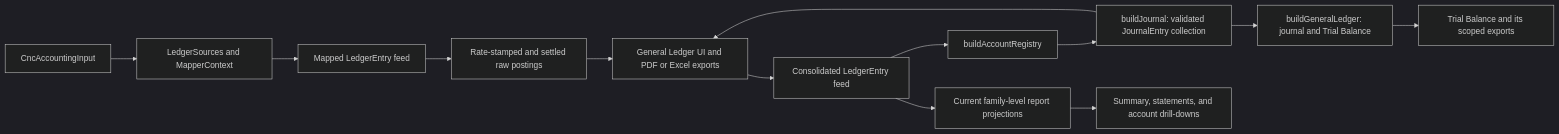
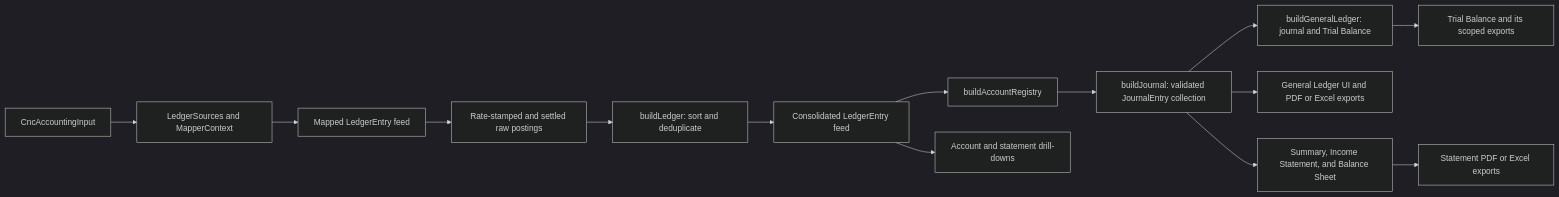
One commit to globe-and-citizen/cnc-portal changed the second of 5 diagrams in docs/implementation/accounting-read-model/README.md. Above: the diagram before and after it, drawn with Mermaid (dark theme). The commit also changed other lines of this file and 1 other file, not shown here.

Commit message:
docs: 📝 document JournalEntry statement projections

````diff
--- a/docs/implementation/accounting-read-model/README.md
+++ b/docs/implementation/accounting-read-model/README.md
@@ -47,15 +48,16 @@
 ```mermaid
 flowchart LR
     input[CncAccountingInput] --> context[LedgerSources and MapperContext]
     context --> mapped[Mapped LedgerEntry feed]
     mapped --> raw[Rate-stamped and settled raw postings]
-    raw --> ledger[buildLedger: sort, deduplicate, and summarize]
+    raw --> ledger[buildLedger: sort and deduplicate]
     ledger --> entries[Consolidated LedgerEntry feed]
     entries --> registry[buildAccountRegistry]
     registry --> journal[buildJournal: validated JournalEntry collection]
     journal --> trial[buildGeneralLedger: journal and Trial Balance]
-    journal --> ledger[General Ledger UI and PDF or Excel exports]
-    entries --> legacy[Current family-level report projections]
-    legacy --> summary[Summary, statements, and account drill-downs]
+    journal --> generalLedgerUi[General Ledger UI and PDF or Excel exports]
+    journal --> statements[Summary, Income Statement, and Balance Sheet]
+    statements --> statementExports[Statement PDF or Excel exports]
+    entries --> drilldowns[Account and statement drill-downs]
     trial --> trialCard[Trial Balance and its scoped exports]
 ```
````
